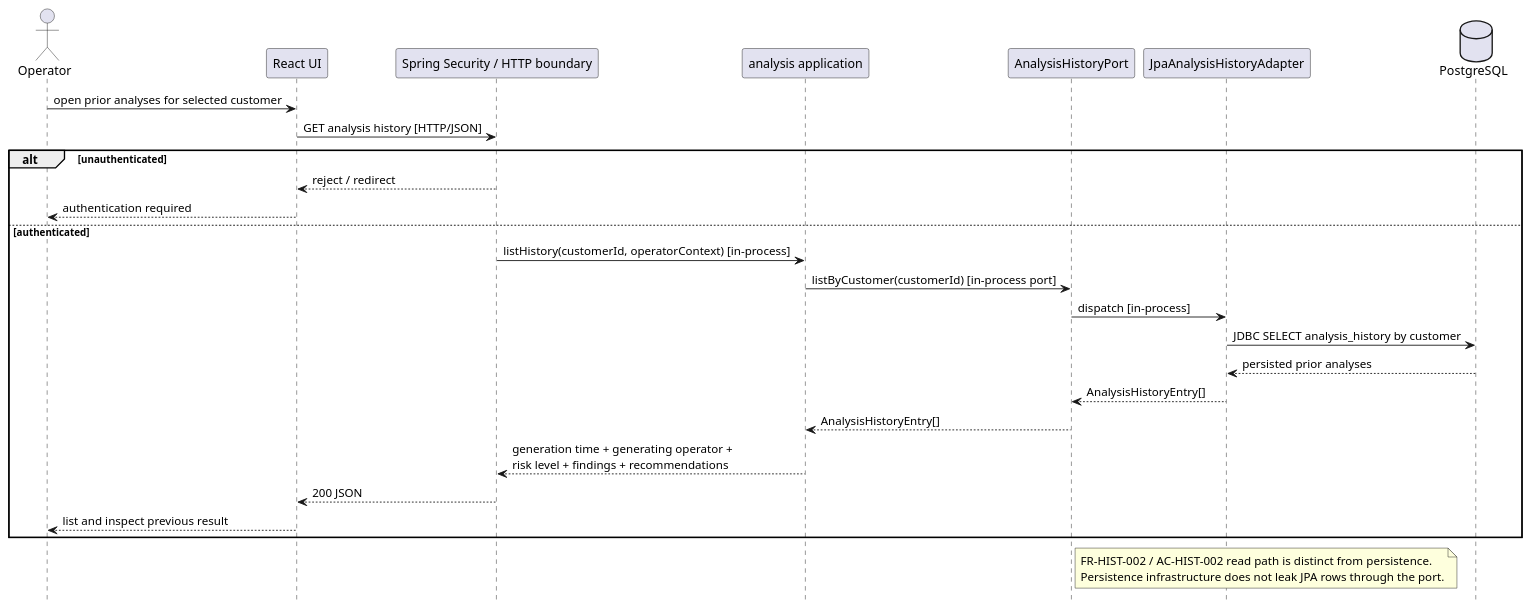
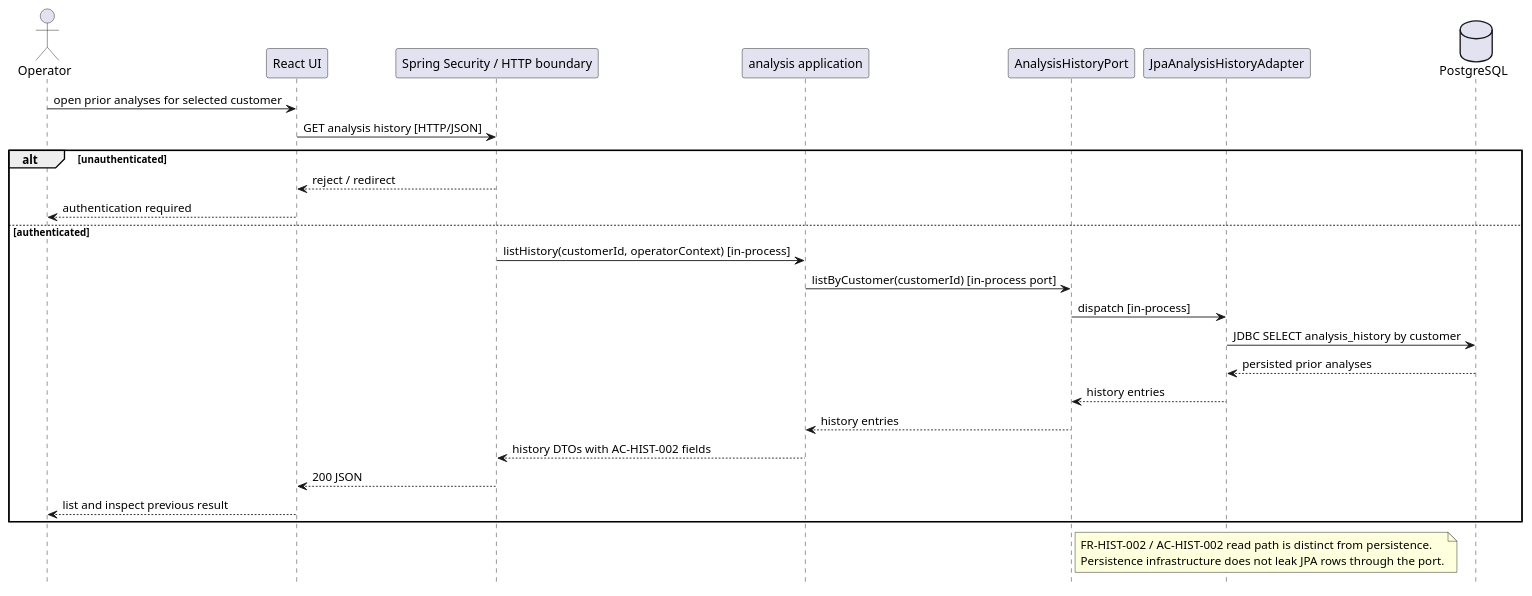
The diagram in docs/assignment/SDD/diagrams/sequence-analysis-history.puml (jdoe-dev-159753/specgraph-reference-app), drawn with PlantUML before and after one commit.

Commit message:
docs: simplify history sequence labels for PlantUML

```diff
--- a/docs/assignment/SDD/diagrams/sequence-analysis-history.puml
+++ b/docs/assignment/SDD/diagrams/sequence-analysis-history.puml
@@ -1,33 +1,33 @@
 @startuml
 hide footbox
 actor Operator
 participant "React UI" as UI
 participant "Spring Security / HTTP boundary" as Boundary
 participant "analysis application" as Analysis
 participant "AnalysisHistoryPort" as History
 participant "JpaAnalysisHistoryAdapter" as Jpa
 database "PostgreSQL" as DB
 
 Operator -> UI : open prior analyses for selected customer
 UI -> Boundary : GET analysis history [HTTP/JSON]
 alt unauthenticated
   Boundary --> UI : reject / redirect
   UI --> Operator : authentication required
 else authenticated
   Boundary -> Analysis : listHistory(customerId, operatorContext) [in-process]
   Analysis -> History : listByCustomer(customerId) [in-process port]
   History -> Jpa : dispatch [in-process]
   Jpa -> DB : JDBC SELECT analysis_history by customer
   DB --> Jpa : persisted prior analyses
-  Jpa --> History : AnalysisHistoryEntry[]
-  History --> Analysis : AnalysisHistoryEntry[]
-  Analysis --> Boundary : generation time + generating operator +\nrisk level + findings + recommendations
+  Jpa --> History : history entries
+  History --> Analysis : history entries
+  Analysis --> Boundary : history DTOs with AC-HIST-002 fields
   Boundary --> UI : 200 JSON
   UI --> Operator : list and inspect previous result
 end
 
 note right of History
   FR-HIST-002 / AC-HIST-002 read path is distinct from persistence.
   Persistence infrastructure does not leak JPA rows through the port.
 end note
 @enduml
```
